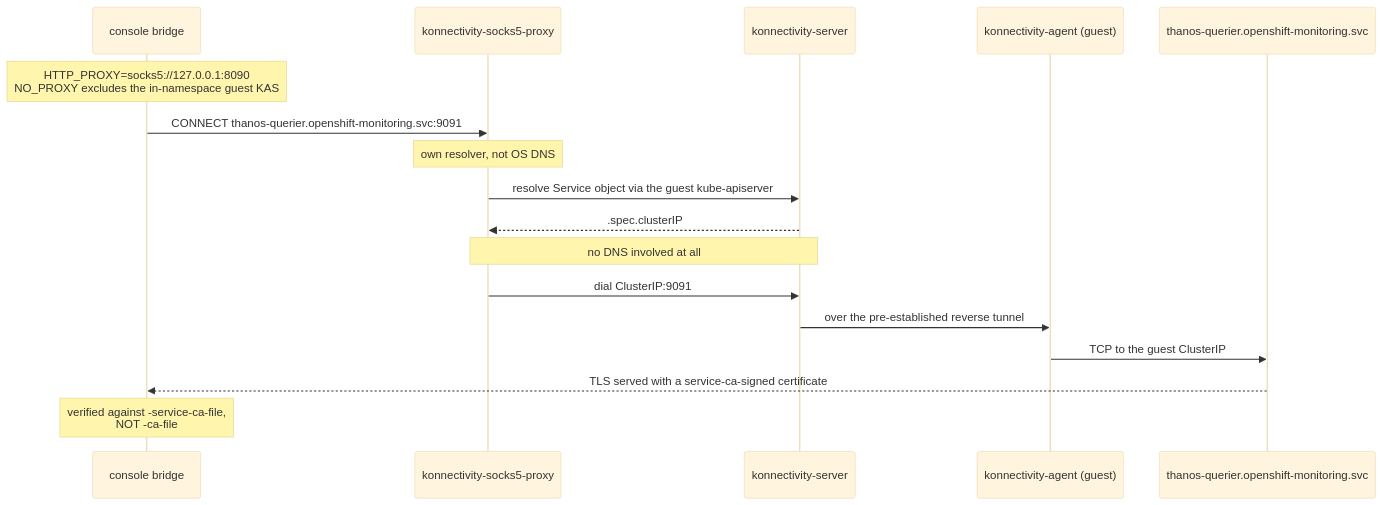
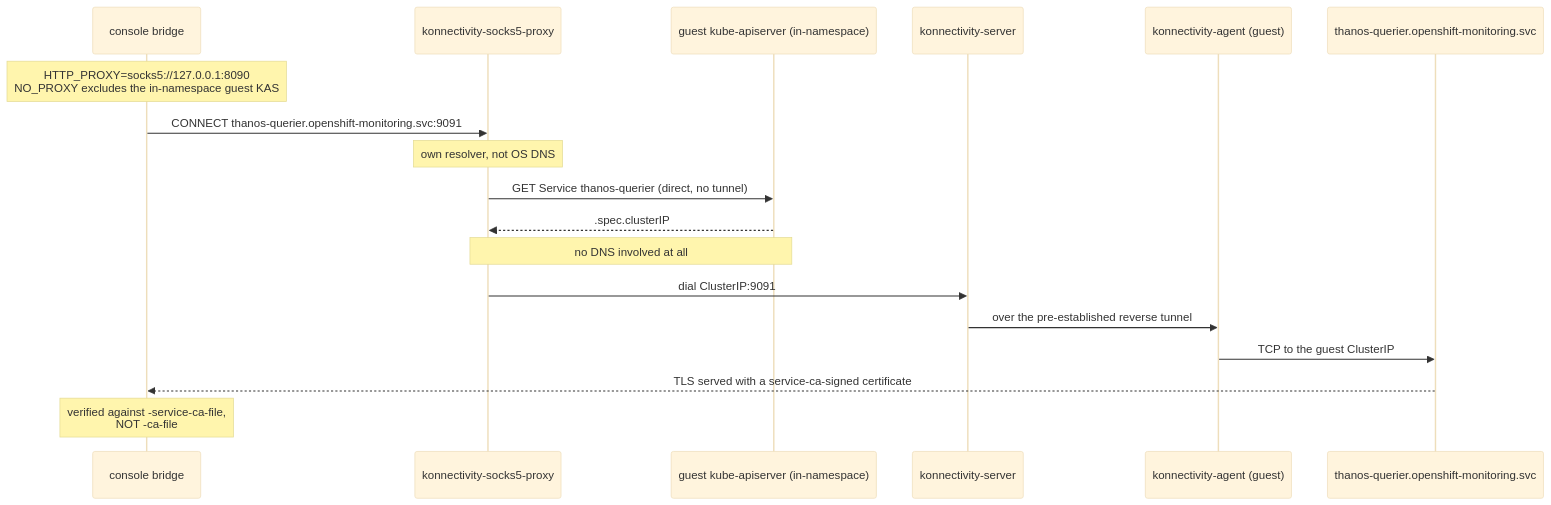
One commit to openshift-online/gcp-hcp changed the fourth of 7 diagrams in experiments/gcp-1202-console-control-plane/architecture.md. Above: the diagram before and after it, drawn with Mermaid (base theme). The commit also changed other lines of this file and 14 other files, not shown here.

````diff
--- a/experiments/gcp-1202-console-control-plane/architecture.md
+++ b/experiments/gcp-1202-console-control-plane/architecture.md
@@ -232,20 +232,21 @@
 ```mermaid
 sequenceDiagram
     participant B as console bridge
     participant S as konnectivity-socks5-proxy
+    participant G as guest kube-apiserver (in-namespace)
     participant K as konnectivity-server
     participant A as konnectivity-agent (guest)
     participant T as thanos-querier.openshift-monitoring.svc
 
     Note over B: HTTP_PROXY=socks5://127.0.0.1:8090<br/>NO_PROXY excludes the in-namespace guest KAS
     B->>S: CONNECT thanos-querier.openshift-monitoring.svc:9091
     Note over S: own resolver, not OS DNS
-    S->>K: resolve Service object via the guest kube-apiserver
-    K-->>S: .spec.clusterIP
-    Note over S,K: no DNS involved at all
+    S->>G: GET Service thanos-querier (direct, no tunnel)
+    G-->>S: .spec.clusterIP
+    Note over S,G: no DNS involved at all
     S->>K: dial ClusterIP:9091
     K->>A: over the pre-established reverse tunnel
     A->>T: TCP to the guest ClusterIP
     T-->>B: TLS served with a service-ca-signed certificate
     Note over B: verified against -service-ca-file,<br/>NOT -ca-file
 ```
````
